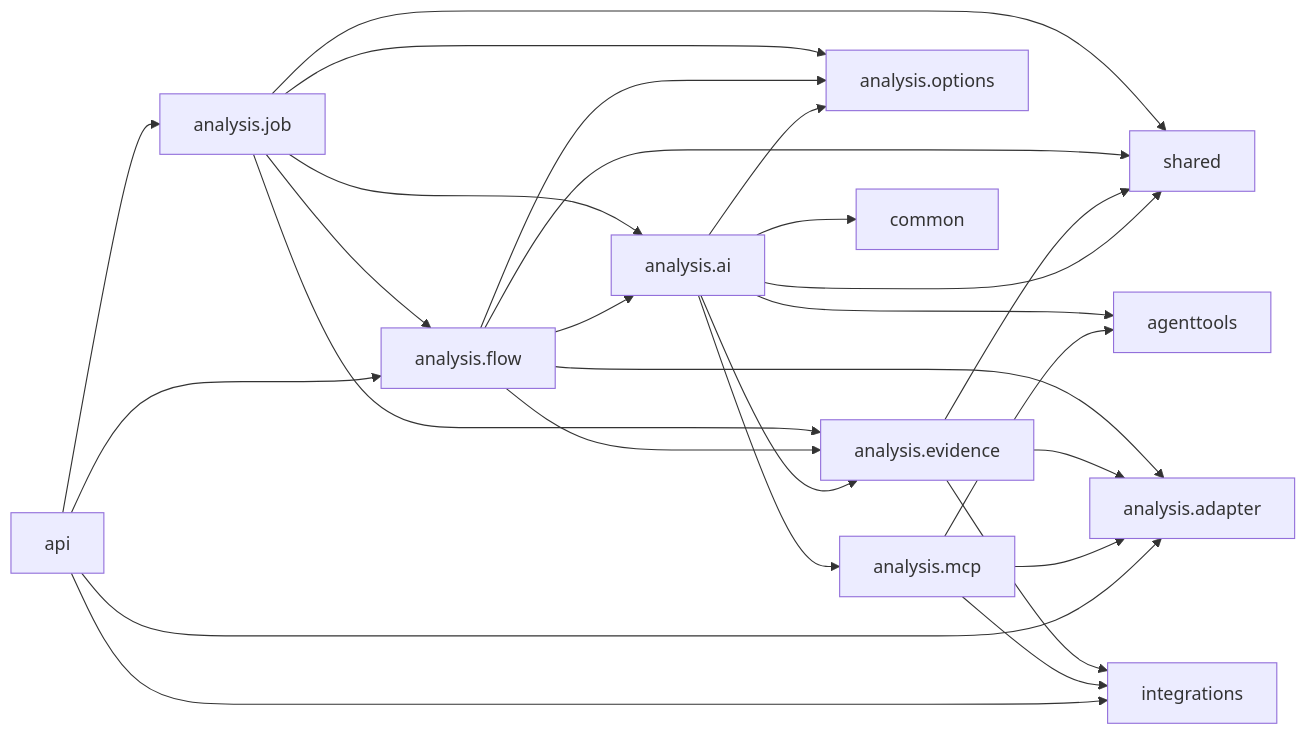
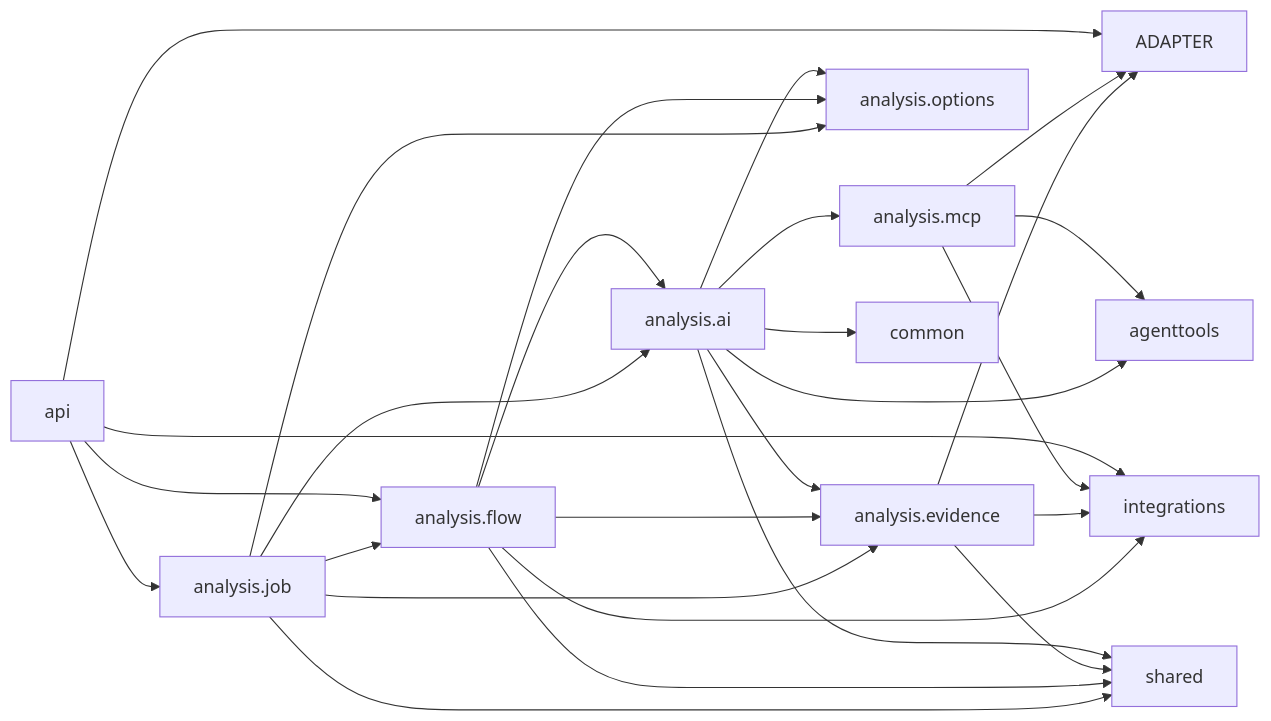
Before and after one commit to herald-assistant/incident-tracker: the second of 2 diagrams in docs/architecture/05-package-dependencies.md, drawn with Mermaid. The commit also changed other lines of this file and 81 other files, not shown here.

Commit message:
Move GitLab adapter to integrations

````diff
--- a/docs/architecture/05-package-dependencies.md
+++ b/docs/architecture/05-package-dependencies.md
@@ -139,34 +141,34 @@
 ```mermaid
 flowchart LR
     JOB["analysis.job"] --> FLOW["analysis.flow"]
     JOB --> AI["analysis.ai"]
     JOB --> EVIDENCE["analysis.evidence"]
     JOB --> OPTIONS["analysis.options"]
     JOB --> SHARED["shared"]
 
     FLOW --> EVIDENCE
     FLOW --> AI
     FLOW --> OPTIONS
-    FLOW --> ADAPTER["analysis.adapter"]
+    FLOW --> INTEGRATIONS["integrations"]
     FLOW --> SHARED
 
     EVIDENCE --> ADAPTER
     EVIDENCE --> INTEGRATIONS["integrations"]
     EVIDENCE --> SHARED
 
     AI --> MCP["analysis.mcp"]
     AI --> AGENTTOOLS["agenttools"]
     AI --> EVIDENCE
     AI --> OPTIONS
     AI --> COMMON["common"]
     AI --> SHARED
 
     MCP --> ADAPTER
     MCP --> INTEGRATIONS
     MCP --> AGENTTOOLS
 
     API["api"] --> ADAPTER
     API --> INTEGRATIONS
     API --> FLOW
     API --> JOB
 ```
````
